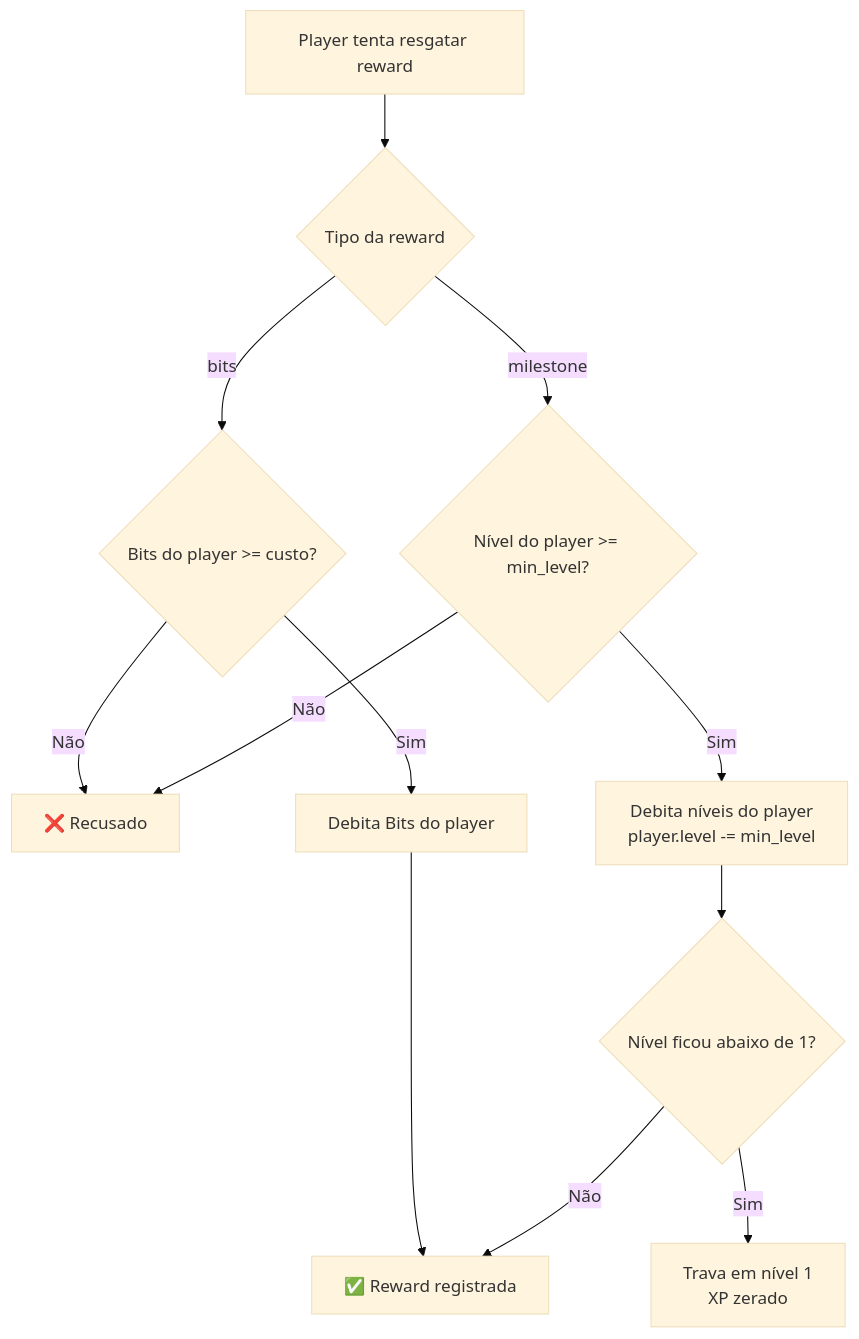
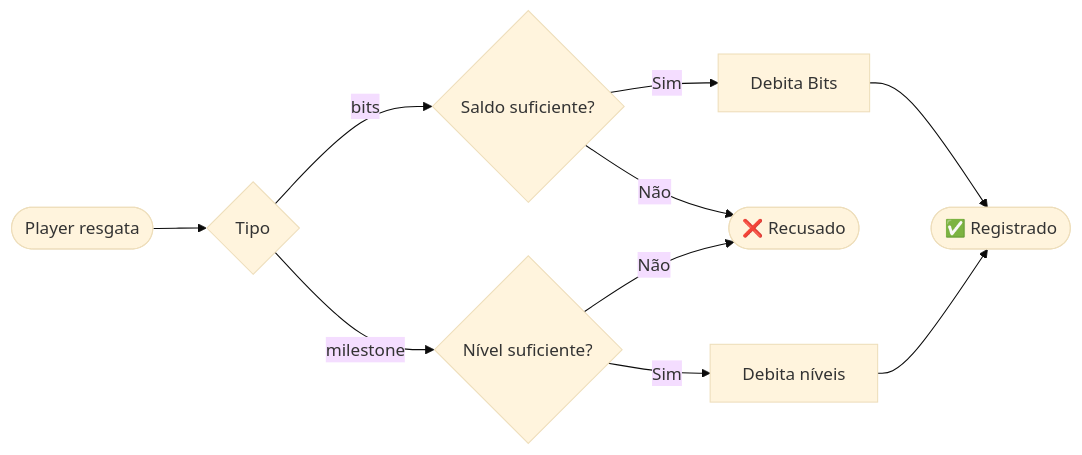
The fifth of 6 diagrams in README.md (Alexandrelimax/home_guild_backend), drawn with Mermaid (base theme) before and after one commit. The commit also changed other lines of this file, not shown here.

Commit message:
docs: simplifica diagramas 3 e 4 do README

````diff
--- a/README.md
+++ b/README.md
@@ -179,16 +160,12 @@
 ```mermaid
-flowchart TD
-    A[Player tenta resgatar reward] --> B{Tipo da reward}
-
-    B -- bits --> C{Bits do player >= custo?}
-    C -- Não --> D[❌ Recusado]
-    C -- Sim --> E[Debita Bits do player]
-    E --> F[✅ Reward registrada]
-
-    B -- milestone --> G{Nível do player >= min_level?}
-    G -- Não --> D
-    G -- Sim --> H[Debita níveis do player\nplayer.level -= min_level]
-    H --> I{Nível ficou abaixo de 1?}
-    I -- Sim --> J[Trava em nível 1\nXP zerado]
-    I -- Não --> F
+flowchart LR
+    A([Player resgata]) --> B{Tipo}
+    B -- bits --> C{Saldo suficiente?}
+    C -- Sim --> D[Debita Bits]
+    C -- Não --> E([❌ Recusado])
+    B -- milestone --> F{Nível suficiente?}
+    F -- Sim --> G[Debita níveis]
+    F -- Não --> E
+    D --> H([✅ Registrado])
+    G --> H
 ```
````
